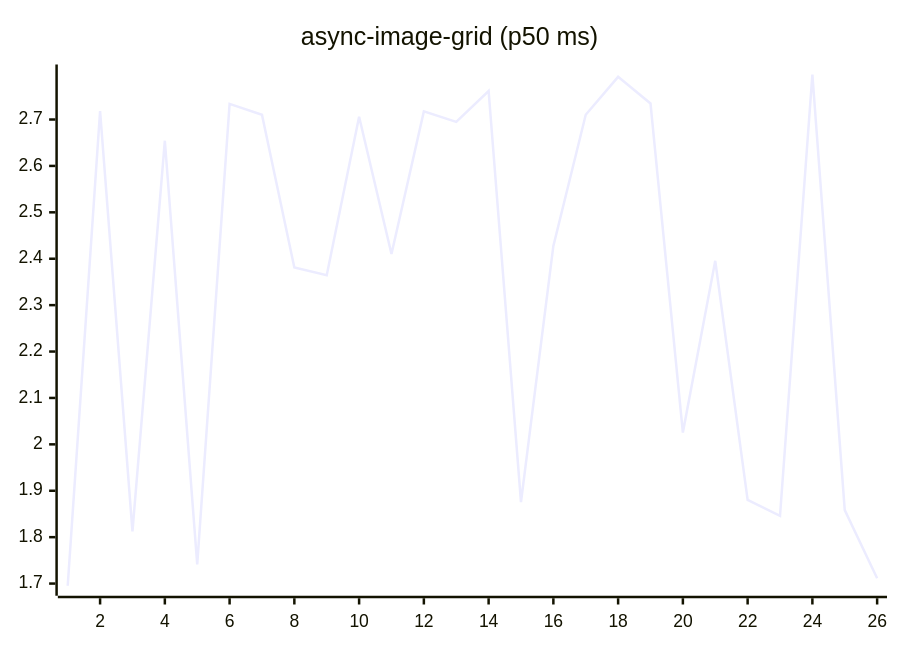
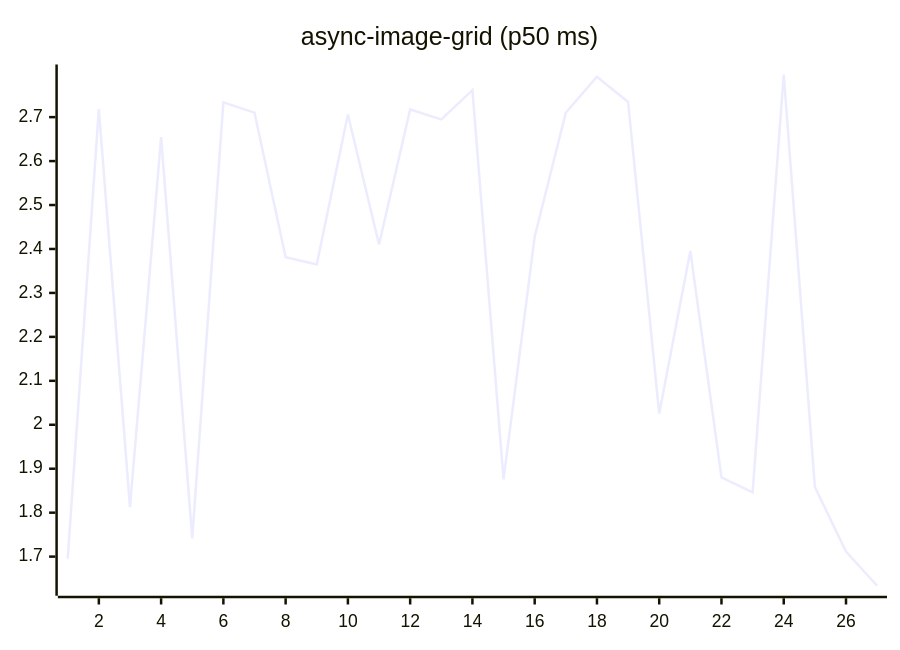
Before and after one commit to josha/Facet: the fifth of 27 diagrams in README.md, drawn with Mermaid. The commit also changed other lines of this file and 2 other files, not shown here.

````diff
--- a/README.md
+++ b/README.md
@@ -91,6 +91,6 @@
 ```mermaid
 xychart-beta
     title "async-image-grid (p50 ms)"
-    x-axis 1 --> 26
-    line [1.6953, 2.7184, 1.8124, 2.6543, 1.7415, 2.7336, 2.7103, 2.3810, 2.3646, 2.7059, 2.4103, 2.7175, 2.6949, 2.7614, 1.8756, 2.4277, 2.7103, 2.7919, 2.7346, 2.0254, 2.3955, 1.8801, 1.8461, 2.7970, 1.8583, 1.7113]
+    x-axis 1 --> 27
+    line [1.6953, 2.7184, 1.8124, 2.6543, 1.7415, 2.7336, 2.7103, 2.3810, 2.3646, 2.7059, 2.4103, 2.7175, 2.6949, 2.7614, 1.8756, 2.4277, 2.7103, 2.7919, 2.7346, 2.0254, 2.3955, 1.8801, 1.8461, 2.7970, 1.8583, 1.7113, 1.6337]
 ```
````
